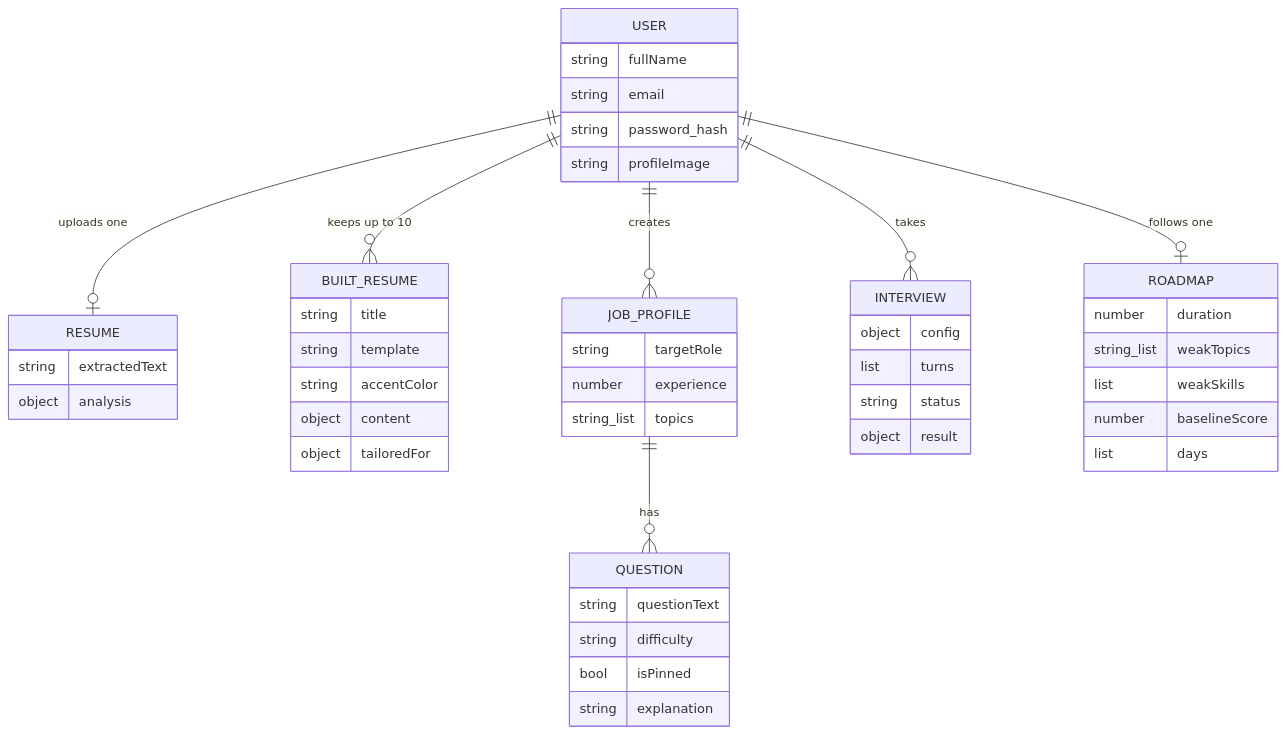
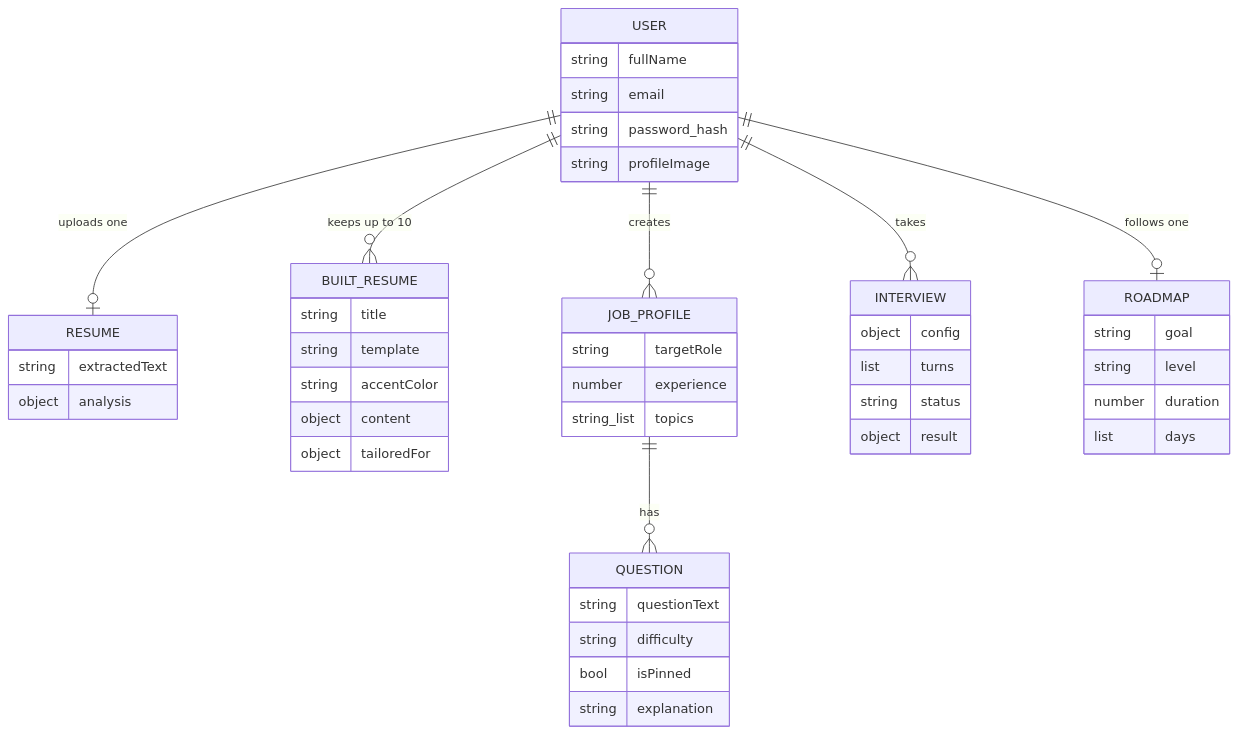
Before and after one commit to Yuvraj6387/ai-interview-prep: the fourth of 8 diagrams in interview-prep-app/ARCHITECTURE.md, drawn with Mermaid. The commit also changed other lines of this file and 9 other files, not shown here.

First line of the commit message:
Goal-based roadmap phases, redesigned interview result, collapsible sidebar

````diff
--- a/interview-prep-app/ARCHITECTURE.md
+++ b/interview-prep-app/ARCHITECTURE.md
@@ -97,17 +97,17 @@
 ```mermaid
 erDiagram
     USER ||--o| RESUME : "uploads one"
     USER ||--o{ BUILT_RESUME : "keeps up to 10"
     USER ||--o{ JOB_PROFILE : creates
     JOB_PROFILE ||--o{ QUESTION : has
     USER ||--o{ INTERVIEW : takes
     USER ||--o| ROADMAP : "follows one"
 
     USER { string fullName string email string password_hash string profileImage }
     RESUME { string extractedText object analysis }
     BUILT_RESUME { string title string template string accentColor object content object tailoredFor }
     JOB_PROFILE { string targetRole number experience string_list topics }
     QUESTION { string questionText string difficulty bool isPinned string explanation }
     INTERVIEW { object config list turns string status object result }
-    ROADMAP { number duration string_list weakTopics list weakSkills number baselineScore list days }
+    ROADMAP { string goal string level number duration list days }
 ```
````
